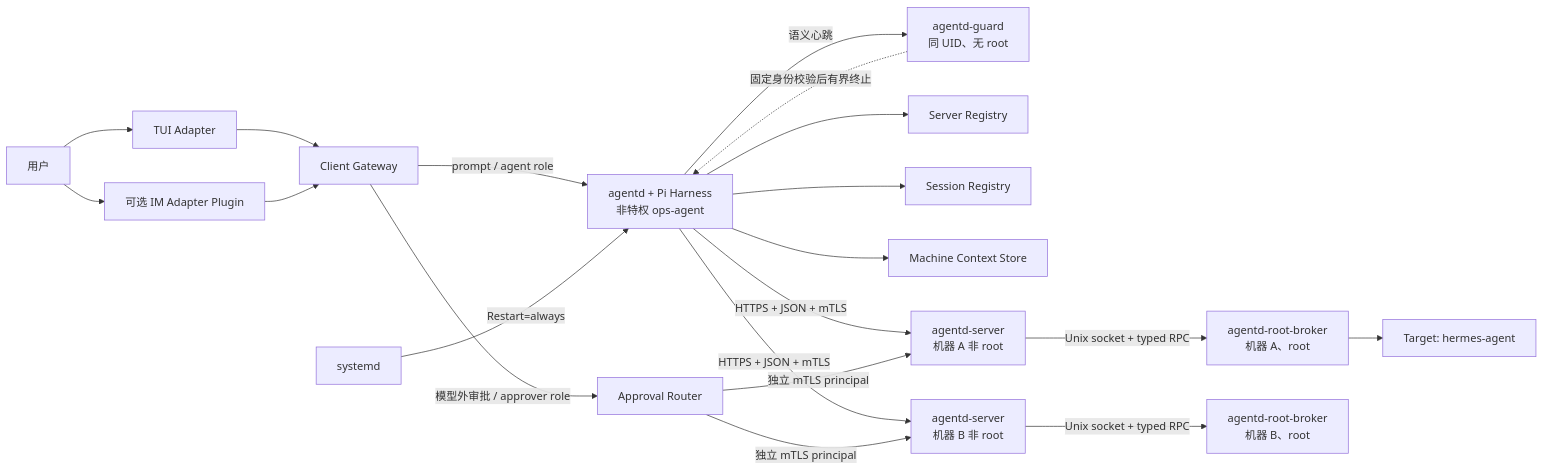
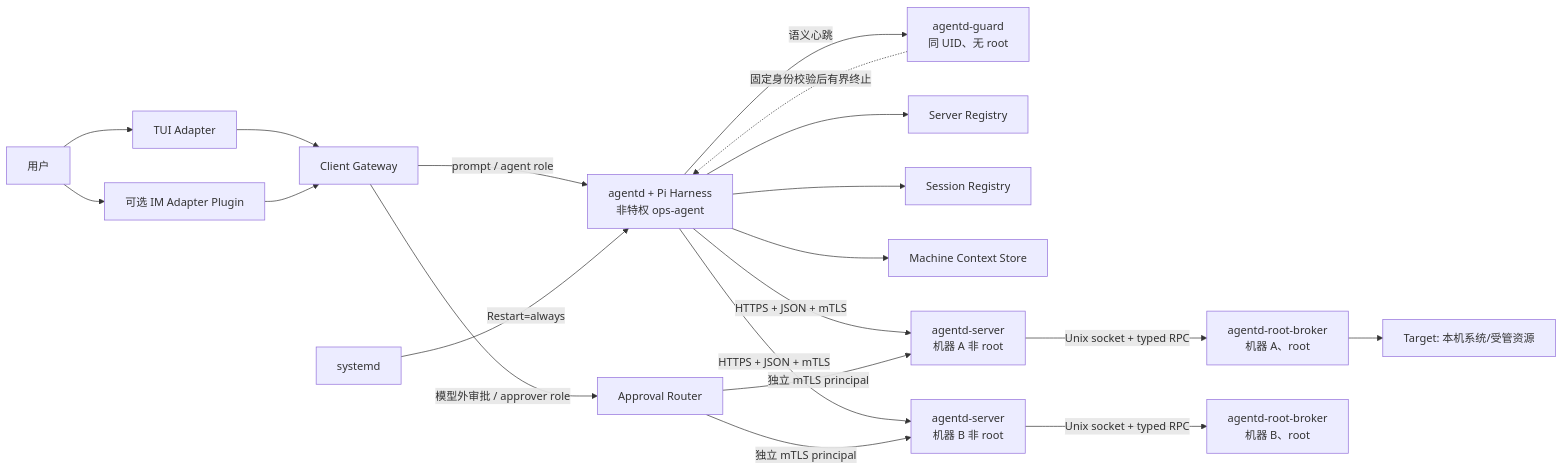
The diagram in docs/architecture.md (KiritoKing/pi-ops-agent), drawn with Mermaid before and after one commit. The commit also changed other lines of this file and 62 other files, not shown here.

````diff
--- a/docs/architecture.md
+++ b/docs/architecture.md
@@ -55,22 +55,22 @@
 ```mermaid
 flowchart LR
   U["用户"] --> T["TUI Adapter"]
   U --> I["可选 IM Adapter Plugin"]
   T --> C["Client Gateway"]
   I --> C
   C -->|"prompt / agent role"| A["agentd + Pi Harness\n非特权 ops-agent"]
   C -->|"模型外审批 / approver role"| P["Approval Router"]
   A -->|"语义心跳"| G["agentd-guard\n同 UID、无 root"]
   G -.->|"固定身份校验后有界终止"| A
   SD["systemd"] -->|"Restart=always"| A
   A --> R["Server Registry"]
   A --> S["Session Registry"]
   A --> M["Machine Context Store"]
   A -->|"HTTPS + JSON + mTLS"| E1["agentd-server\n机器 A 非 root"]
   A -->|"HTTPS + JSON + mTLS"| E2["agentd-server\n机器 B 非 root"]
   P -->|"独立 mTLS principal"| E1
   P -->|"独立 mTLS principal"| E2
   E1 -->|"Unix socket + typed RPC"| H1["agentd-root-broker\n机器 A、root"]
   E2 -->|"Unix socket + typed RPC"| H2["agentd-root-broker\n机器 B、root"]
-  H1 --> TA["Target: hermes-agent"]
+  H1 --> TA["Target: 本机系统/受管资源"]
 ```
````
